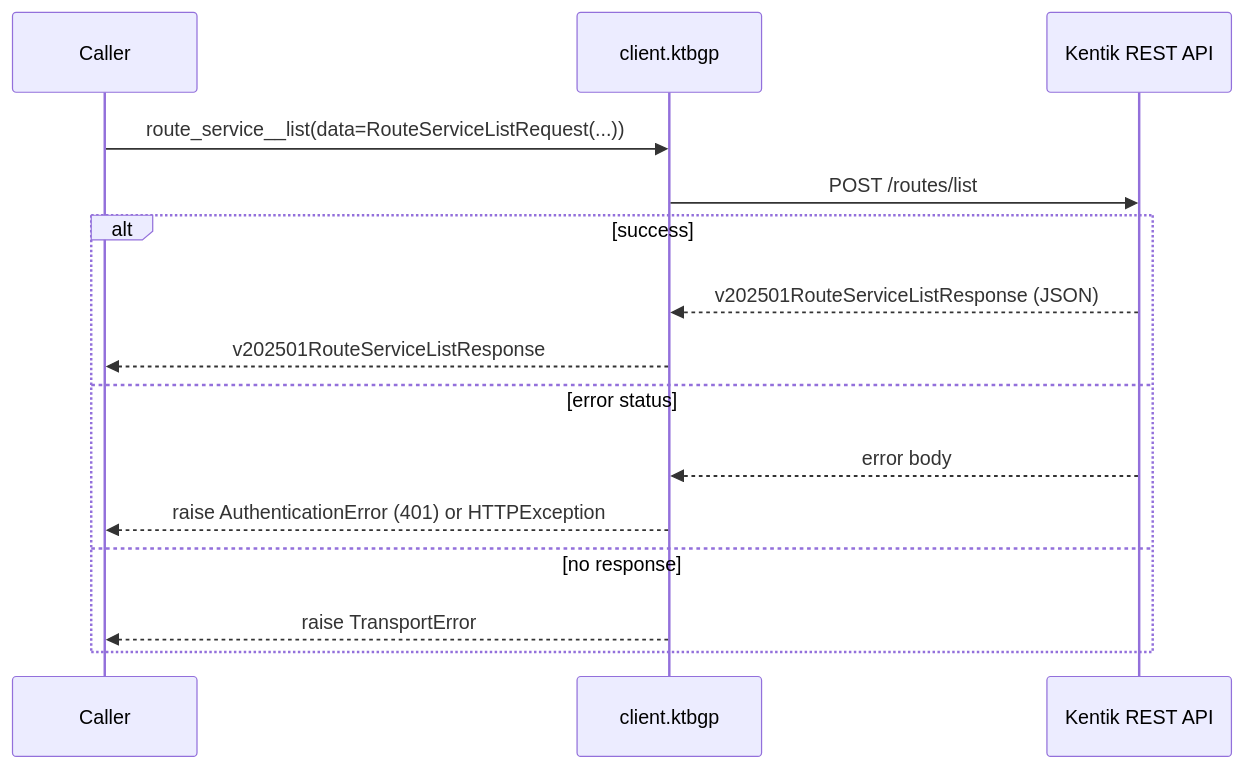
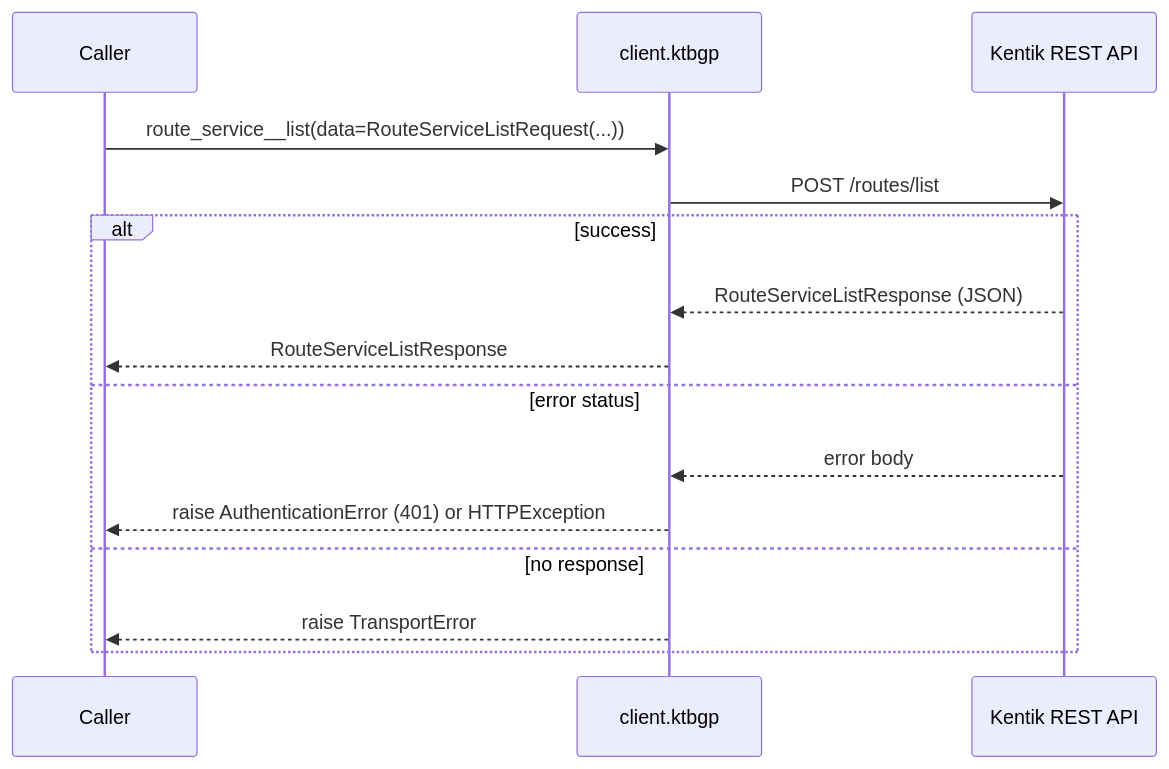
The fourth of 8 diagrams in docs/sphinx/services/ktbgp.md (alexdearaujo/community_sdk_python), drawn with Mermaid before and after one commit. The commit also changed other lines of this file and 38 other files, not shown here.

````diff
--- a/docs/sphinx/services/ktbgp.md
+++ b/docs/sphinx/services/ktbgp.md
@@ -110,18 +110,18 @@
 ```mermaid
 sequenceDiagram
     participant C as Caller
     participant W as client.ktbgp
     participant API as Kentik REST API
 
     C->>W: route_service__list(data=RouteServiceListRequest(...))
     W->>API: POST /routes/list
     alt success
-        API-->>W: v202501RouteServiceListResponse (JSON)
-        W-->>C: v202501RouteServiceListResponse
+        API-->>W: RouteServiceListResponse (JSON)
+        W-->>C: RouteServiceListResponse
     else error status
         API-->>W: error body
         W-->>C: raise AuthenticationError (401) or HTTPException
     else no response
         W-->>C: raise TransportError
     end
 ```
````
